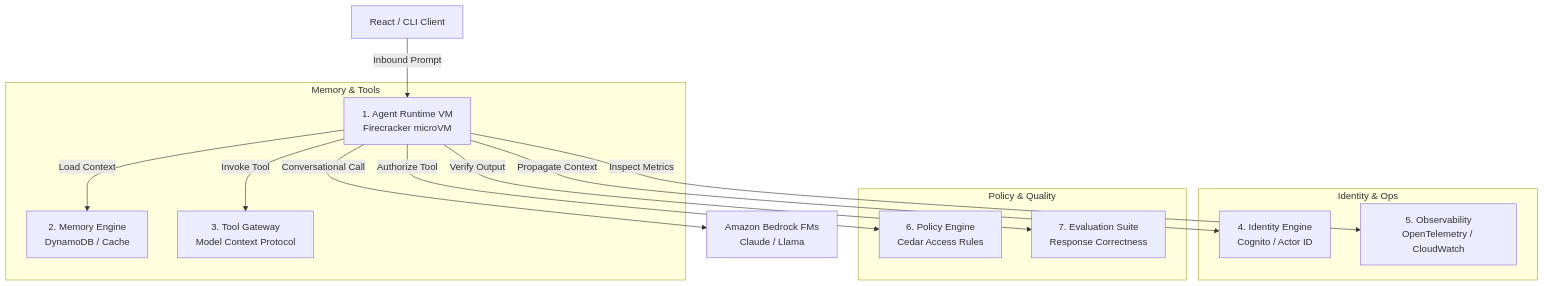
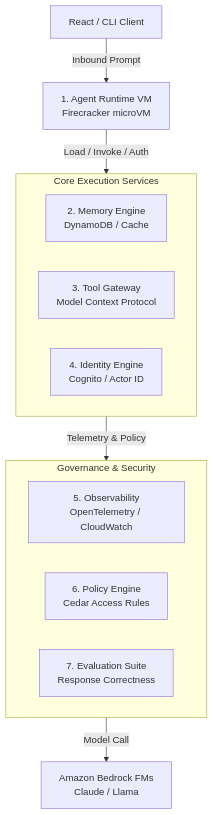
The diagram in doc_uday_advance_notes/01_Chapter_introduction_to_bedrock_agentcore.md (DeeptiShuklaProject/AWS_Bedrock), drawn with Mermaid before and after one commit. The commit also changed 4 other files, not shown here.

Commit message:
fix(docs): format Architecture Overview diagram into vertical 4-tier flow with 15px font and 100% full-scale width

````diff
--- a/doc_uday_advance_notes/01_Chapter_introduction_to_bedrock_agentcore.md
+++ b/doc_uday_advance_notes/01_Chapter_introduction_to_bedrock_agentcore.md
@@ -66,21 +66,22 @@
 ```mermaid
-graph TB
+graph TD
     Client[React / CLI Client] -->|Inbound Prompt| Runtime[1. Agent Runtime VM<br/>Firecracker microVM]
-    
-    subgraph Memory & Tools
-        Runtime -->|Load Context| Memory[2. Memory Engine<br/>DynamoDB / Cache]
-        Runtime -->|Invoke Tool| Gateway[3. Tool Gateway<br/>Model Context Protocol]
-    end
-    
-    subgraph Identity & Ops
-        Runtime -->|Propagate Context| Identity[4. Identity Engine<br/>Cognito / Actor ID]
-        Runtime -->|Inspect Metrics| Observability[5. Observability<br/>OpenTelemetry / CloudWatch]
-    end
-    
-    subgraph Policy & Quality
-        Runtime -->|Authorize Tool| Policy[6. Policy Engine<br/>Cedar Access Rules]
-        Runtime -->|Verify Output| Evaluations[7. Evaluation Suite<br/>Response Correctness]
+
+    subgraph Tier1["Core Execution Services"]
+        direction LR
+        Memory[2. Memory Engine<br/>DynamoDB / Cache]
+        Gateway[3. Tool Gateway<br/>Model Context Protocol]
+        Identity[4. Identity Engine<br/>Cognito / Actor ID]
     end
 
-    Runtime -->|Conversational Call| FMs[Amazon Bedrock FMs<br/>Claude / Llama]
+    subgraph Tier2["Governance & Security"]
+        direction LR
+        Observability[5. Observability<br/>OpenTelemetry / CloudWatch]
+        Policy[6. Policy Engine<br/>Cedar Access Rules]
+        Evaluations[7. Evaluation Suite<br/>Response Correctness]
+    end
+
+    Runtime -->|Load / Invoke / Auth| Tier1
+    Tier1 -->|Telemetry & Policy| Tier2
+    Tier2 -->|Model Call| FMs[Amazon Bedrock FMs<br/>Claude / Llama]
 ```
````
